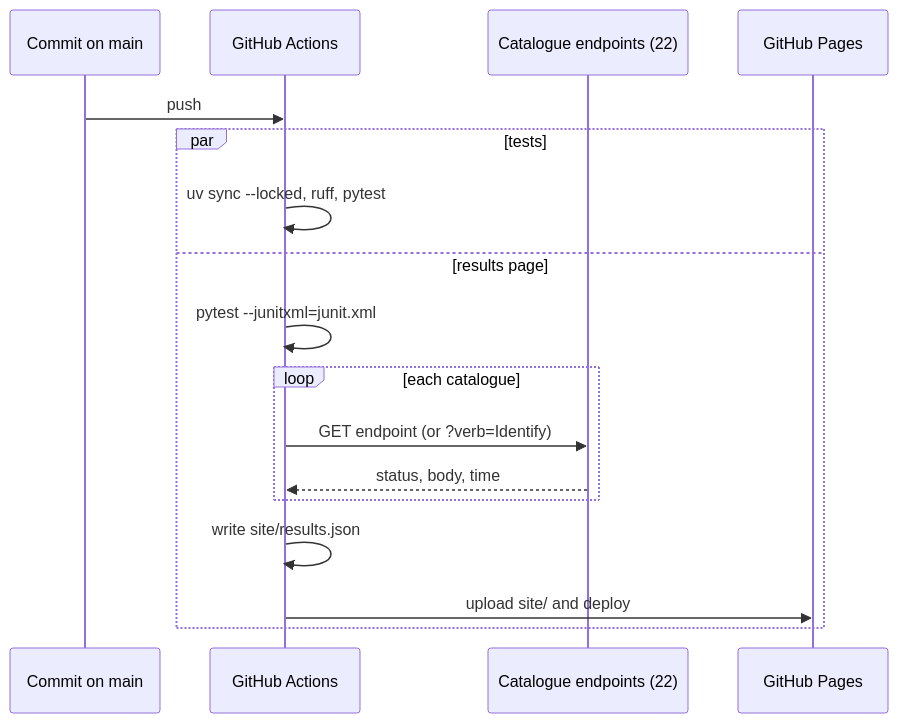
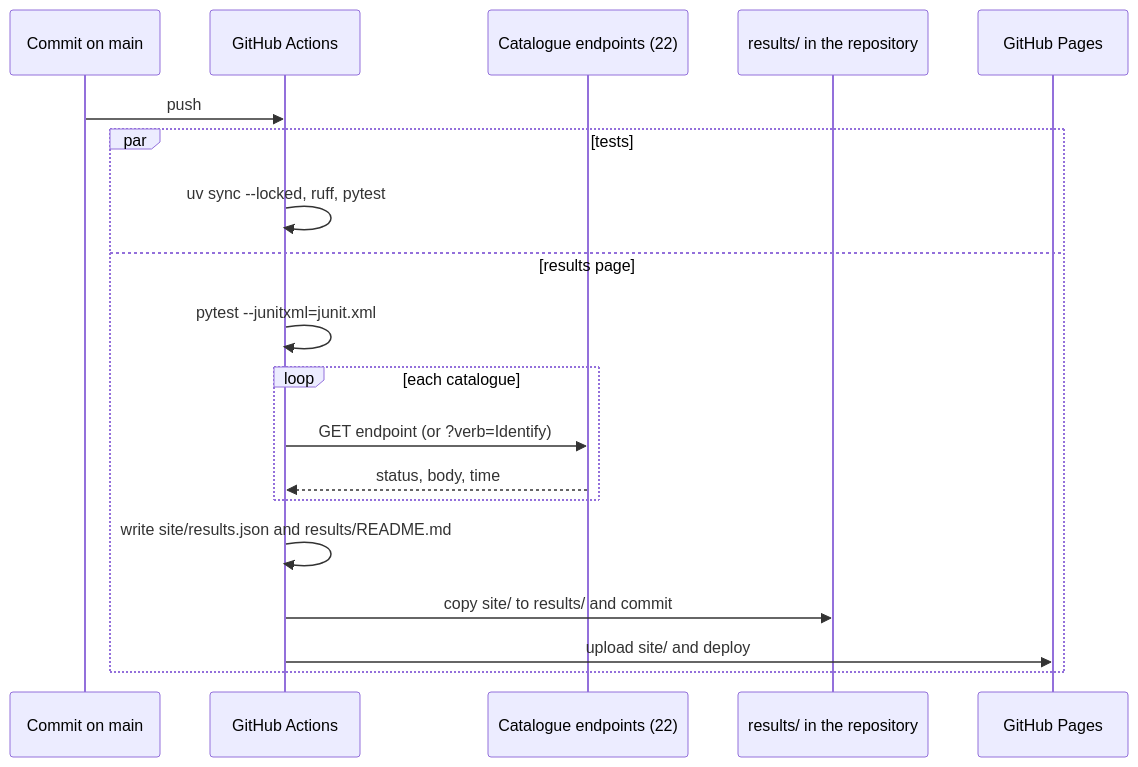
The fifth of 5 diagrams in docs/README.md (marioreale/eosc-catalogues-test), drawn with Mermaid before and after one commit. The commit also changed other lines of this file and 5 other files, not shown here.

Commit message:
Results: copy of the results page in results/, with a Markdown summary

````diff
--- a/docs/README.md
+++ b/docs/README.md
@@ -182,19 +197,21 @@
 ```mermaid
 sequenceDiagram
     participant Dev as Commit on main
     participant GH as GitHub Actions
     participant Ep as Catalogue endpoints (22)
+    participant Rp as results/ in the repository
     participant Pg as GitHub Pages
     Dev->>GH: push
     par tests
       GH->>GH: uv sync --locked, ruff, pytest
     and results page
       GH->>GH: pytest --junitxml=junit.xml
       loop each catalogue
         GH->>Ep: GET endpoint (or ?verb=Identify)
         Ep-->>GH: status, body, time
       end
-      GH->>GH: write site/results.json
+      GH->>GH: write site/results.json and results/README.md
+      GH->>Rp: copy site/ to results/ and commit
       GH->>Pg: upload site/ and deploy
     end
 ```
````
